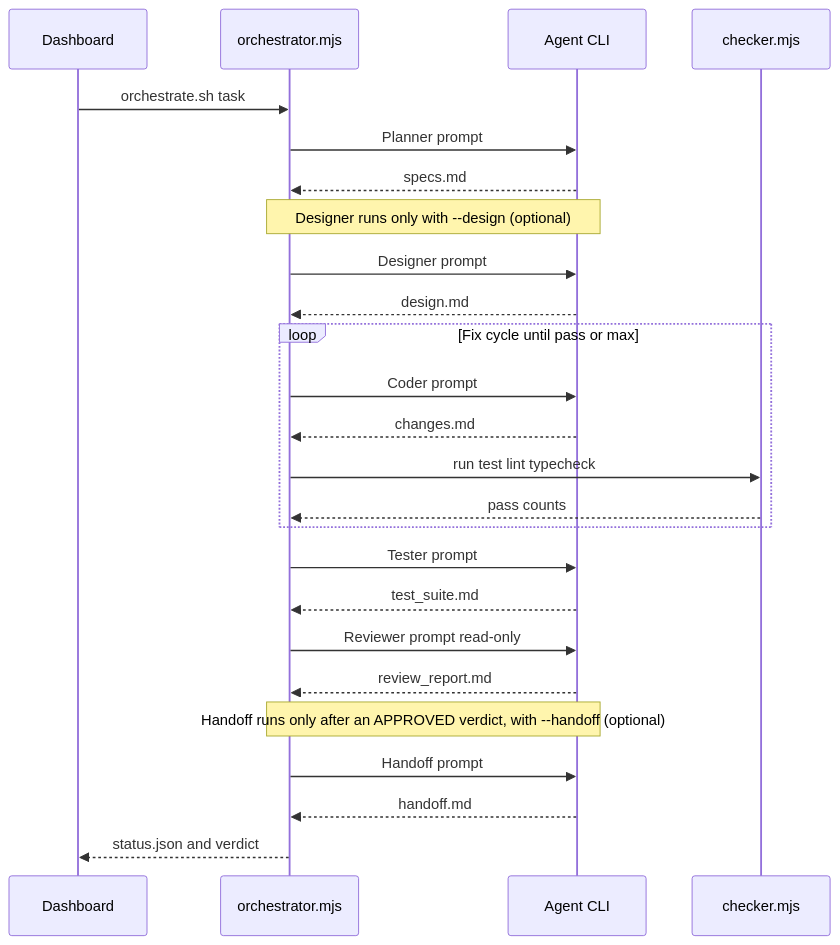
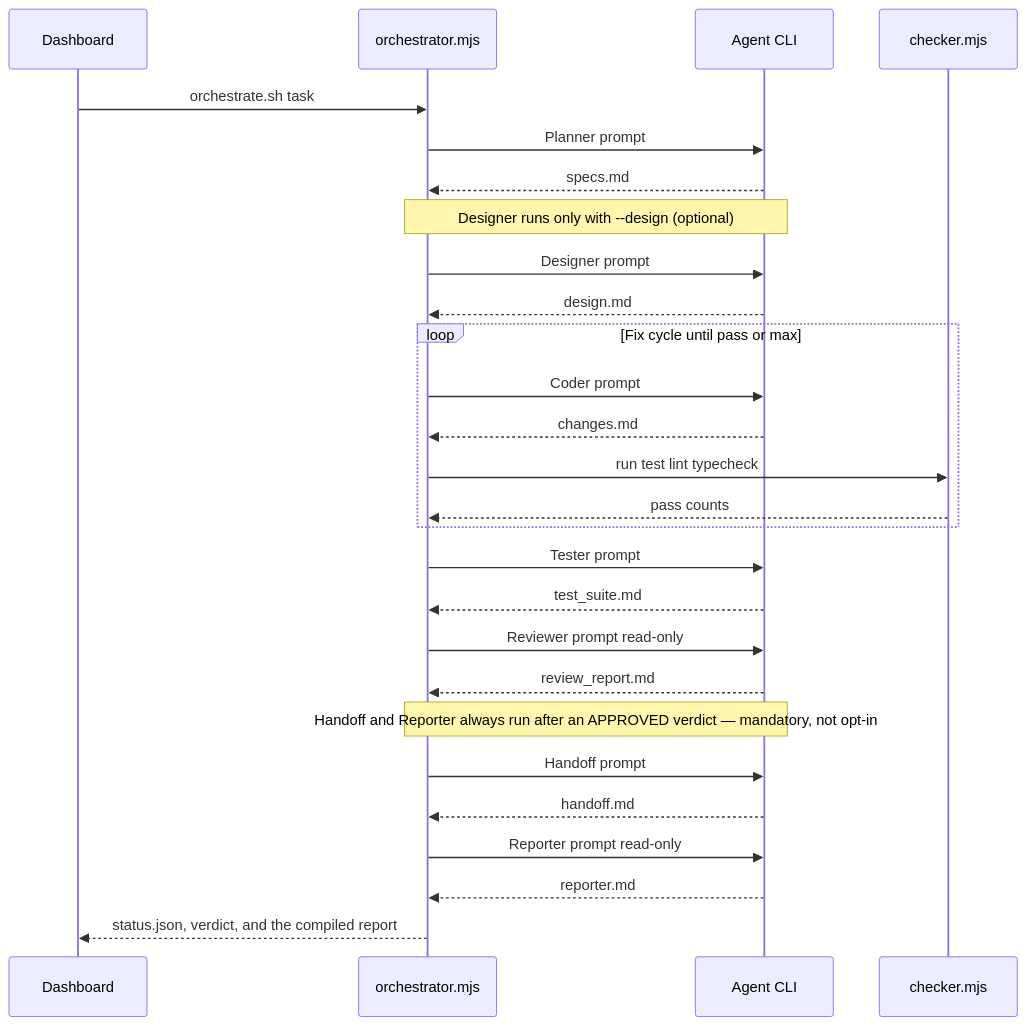
Before and after one commit to isholaomotayo/orchestrator: the second of 2 diagrams in README.md, drawn with Mermaid. The commit also changed other lines of this file and 20 other files, not shown here.

````diff
--- a/README.md
+++ b/README.md
@@ -81,28 +82,30 @@
 ```mermaid
 sequenceDiagram
     participant U as Dashboard
     participant O as orchestrator.mjs
     participant A as Agent CLI
     participant Ck as checker.mjs
 
     U->>O: orchestrate.sh task
     O->>A: Planner prompt
     A-->>O: specs.md
     Note over O,A: Designer runs only with --design (optional)
     O->>A: Designer prompt
     A-->>O: design.md
     loop Fix cycle until pass or max
         O->>A: Coder prompt
         A-->>O: changes.md
         O->>Ck: run test lint typecheck
         Ck-->>O: pass counts
     end
     O->>A: Tester prompt
     A-->>O: test_suite.md
     O->>A: Reviewer prompt read-only
     A-->>O: review_report.md
-    Note over O,A: Handoff runs only after an APPROVED verdict, with --handoff (optional)
+    Note over O,A: Handoff and Reporter always run after an APPROVED verdict — mandatory, not opt-in
     O->>A: Handoff prompt
     A-->>O: handoff.md
-    O-->>U: status.json and verdict
+    O->>A: Reporter prompt read-only
+    A-->>O: reporter.md
+    O-->>U: status.json, verdict, and the compiled report
 ```
````
